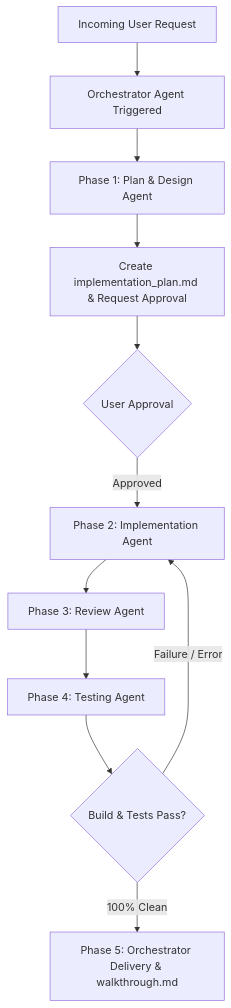
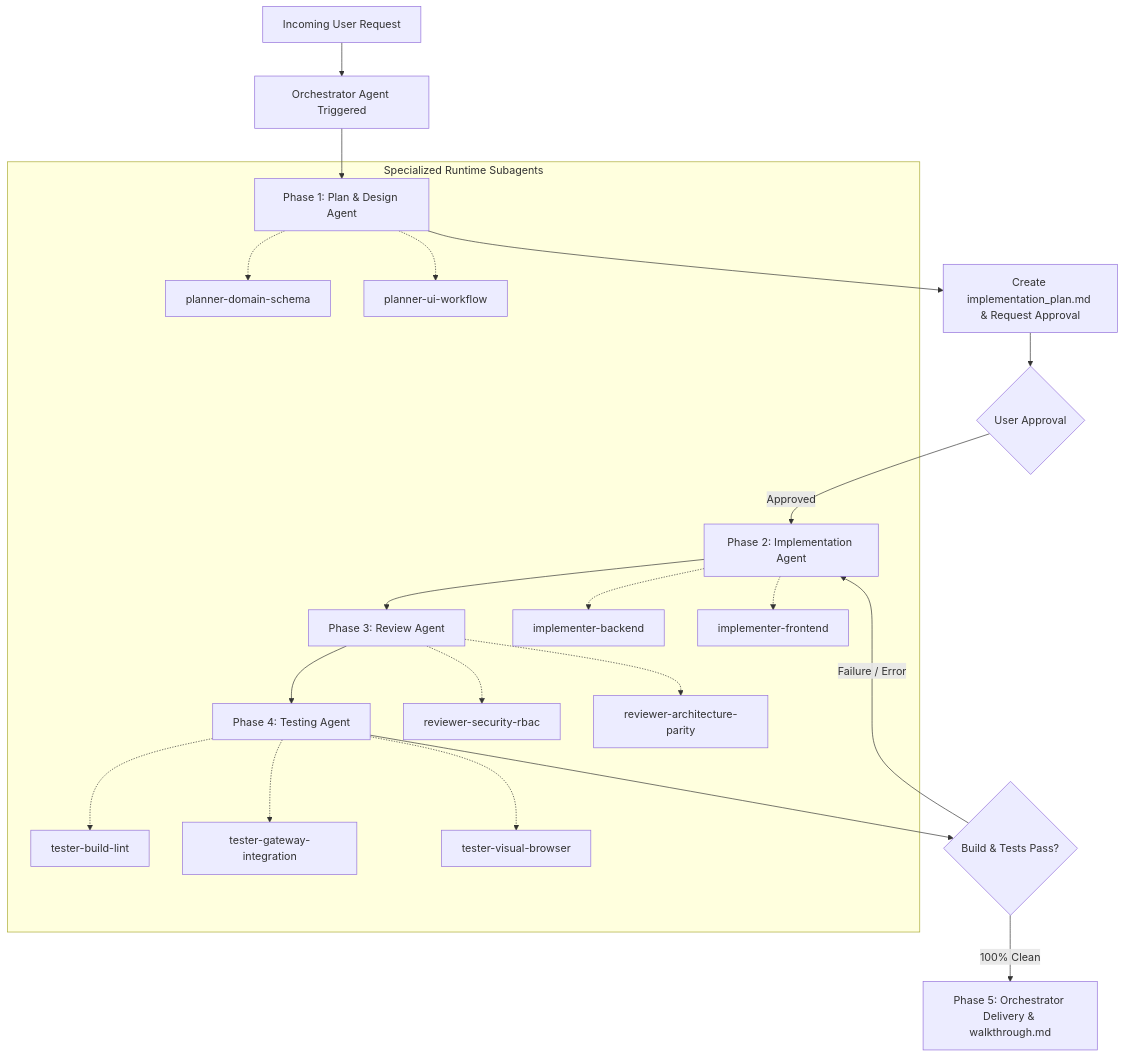
The diagram in AGENTS.md (Baratetz123456/motorcycle-shop-management-system), drawn with Mermaid before and after one commit. The commit also changed other lines of this file and 26 other files, not shown here.

Commit message:
feat: add multi-agent operational rules, frontend components, layouts, and API gateway configuration

````diff
--- a/AGENTS.md
+++ b/AGENTS.md
@@ -10,13 +10,25 @@
 ```mermaid
 flowchart TD
     Task[Incoming User Request] --> Orchestrator[Orchestrator Agent Triggered]
     Orchestrator --> Phase1[Phase 1: Plan & Design Agent]
     Phase1 --> PlanDoc[Create implementation_plan.md & Request Approval]
     PlanDoc --> UserApprove{User Approval}
     UserApprove -->|Approved| Phase2[Phase 2: Implementation Agent]
     Phase2 --> Phase3[Phase 3: Review Agent]
     Phase3 --> Phase4[Phase 4: Testing Agent]
     Phase4 --> BuildCheck{Build & Tests Pass?}
     BuildCheck -->|Failure / Error| Phase2
     BuildCheck -->|100% Clean| Phase5[Phase 5: Orchestrator Delivery & walkthrough.md]
+
+    subgraph Tier2_Subagents [Specialized Runtime Subagents]
+        Phase1 -.-> Sub_Schema[planner-domain-schema]
+        Phase1 -.-> Sub_UI[planner-ui-workflow]
+        Phase2 -.-> Sub_Backend[implementer-backend]
+        Phase2 -.-> Sub_Frontend[implementer-frontend]
+        Phase3 -.-> Sub_Security[reviewer-security-rbac]
+        Phase3 -.-> Sub_Arch[reviewer-architecture-parity]
+        Phase4 -.-> Sub_Build[tester-build-lint]
+        Phase4 -.-> Sub_API[tester-gateway-integration]
+        Phase4 -.-> Sub_Visual[tester-visual-browser]
+    end
 ```
````
